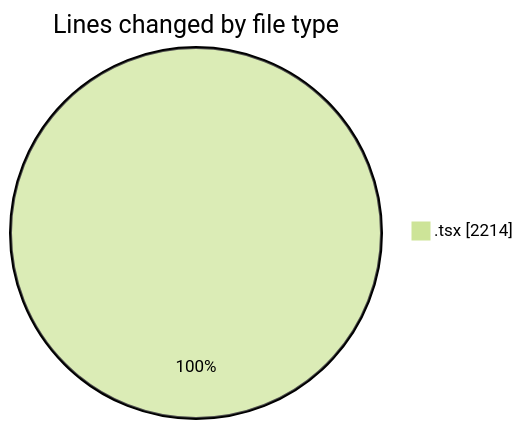
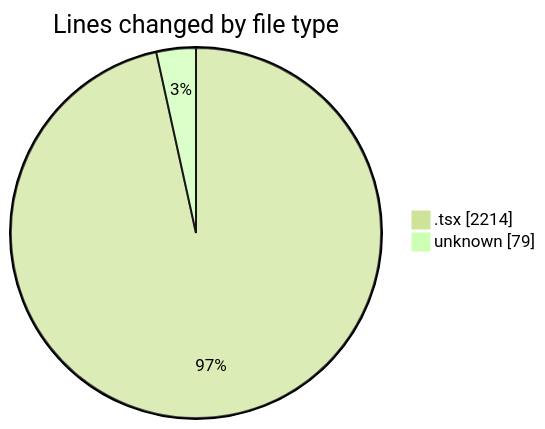
The first of 2 diagrams in 2026-06-22/nxtqube_webapp/README.md (nxtqubesakshisongat/code-tracking), drawn with Mermaid (forest theme) before and after one commit. The commit also changed other lines of this file and 1 other file, not shown here.

````diff
--- a/2026-06-22/nxtqube_webapp/README.md
+++ b/2026-06-22/nxtqube_webapp/README.md
@@ -21,5 +22,6 @@
 ```mermaid
 pie showData
 title Lines changed by file type
 ".tsx" : 2214
+"unknown" : 79
 ```
````
